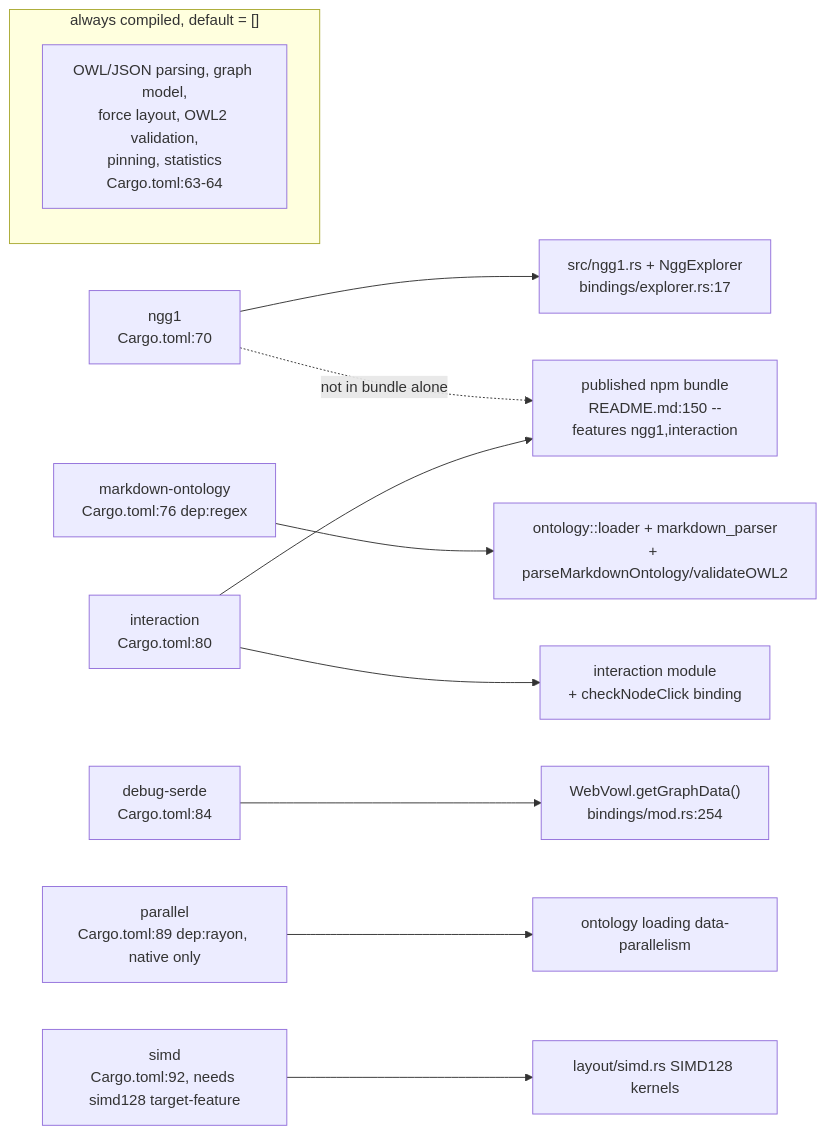
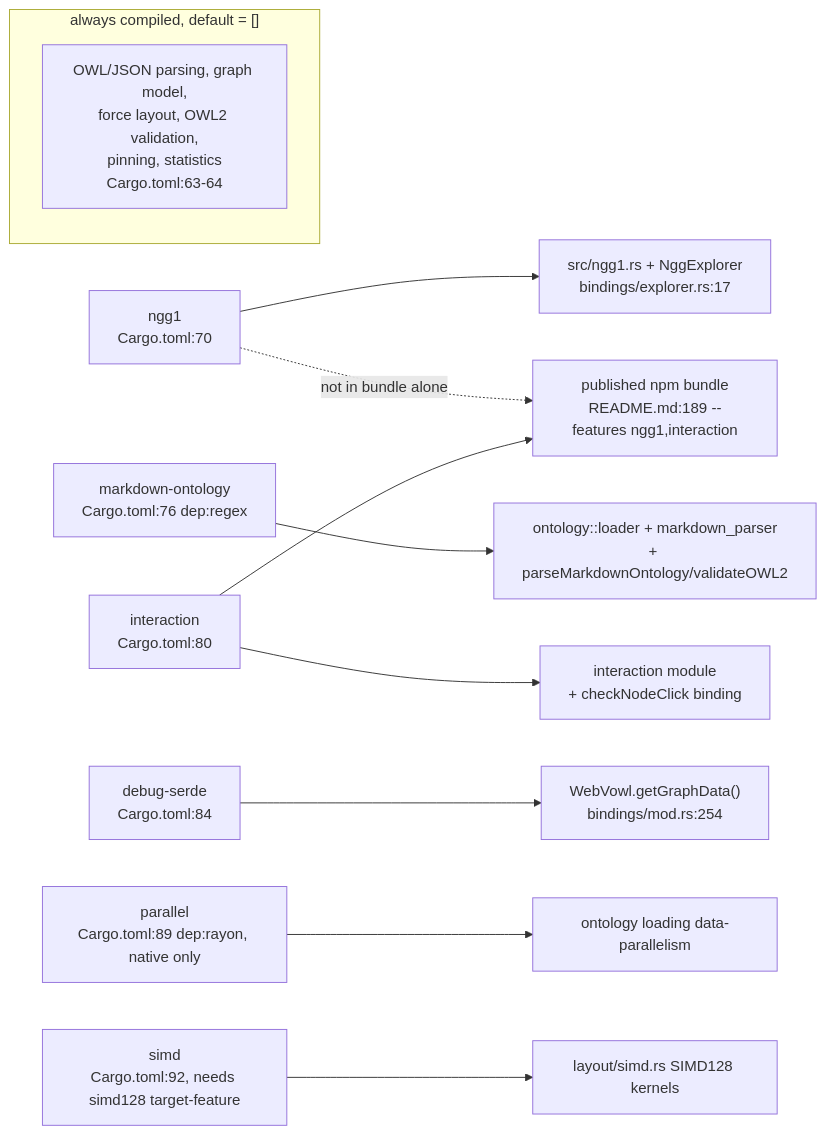
One commit to DreamLab-AI/VisionFlow changed the second of 6 diagrams in docs/diagrams/vowl-wasm/01-crate-composition-and-wasm-boundary.md. Above: the diagram before and after it, drawn with Mermaid. The commit also changed other lines of this file and 136 other files, not shown here.

First line of the commit message:
docs(diagrams): refresh the whole corpus to code HEAD and prune low-value diagrams

````diff
--- a/docs/diagrams/vowl-wasm/01-crate-composition-and-wasm-boundary.md
+++ b/docs/diagrams/vowl-wasm/01-crate-composition-and-wasm-boundary.md
@@ -83,14 +45,14 @@
 ```mermaid
 flowchart LR
     subgraph Always["always compiled, default = []"]
         CORE["OWL/JSON parsing, graph model,<br/>force layout, OWL2 validation,<br/>pinning, statistics<br/>Cargo.toml:63-64"]
     end
     NGG1F["ngg1<br/>Cargo.toml:70"] --> NGGMOD["src/ngg1.rs + NggExplorer<br/>bindings/explorer.rs:17"]
     MDF["markdown-ontology<br/>Cargo.toml:76 dep:regex"] --> MDMOD["ontology::loader + markdown_parser<br/>+ parseMarkdownOntology/validateOWL2"]
     INTF["interaction<br/>Cargo.toml:80"] --> INTMOD["interaction module<br/>+ checkNodeClick binding"]
     DBGF["debug-serde<br/>Cargo.toml:84"] --> DBGMOD["WebVowl.getGraphData()<br/>bindings/mod.rs:254"]
     PARF["parallel<br/>Cargo.toml:89 dep:rayon, native only"] --> PARMOD["ontology loading data-parallelism"]
     SIMDF["simd<br/>Cargo.toml:92, needs simd128 target-feature"] --> SIMDMOD["layout/simd.rs SIMD128 kernels"]
     NGG1F -. "not in bundle alone" .-> BUNDLE
-    INTF --> BUNDLE["published npm bundle<br/>README.md:150 --features ngg1,interaction"]
+    INTF --> BUNDLE["published npm bundle<br/>README.md:189 --features ngg1,interaction"]
 ```
````
